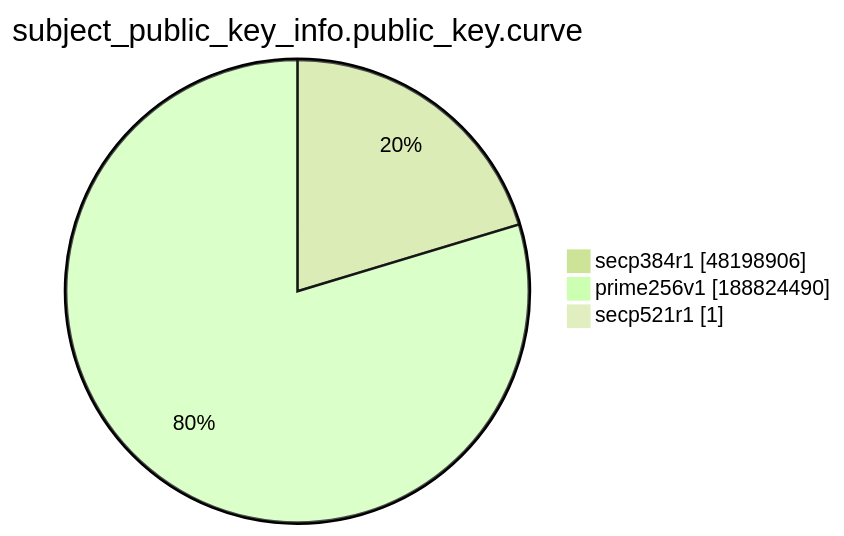
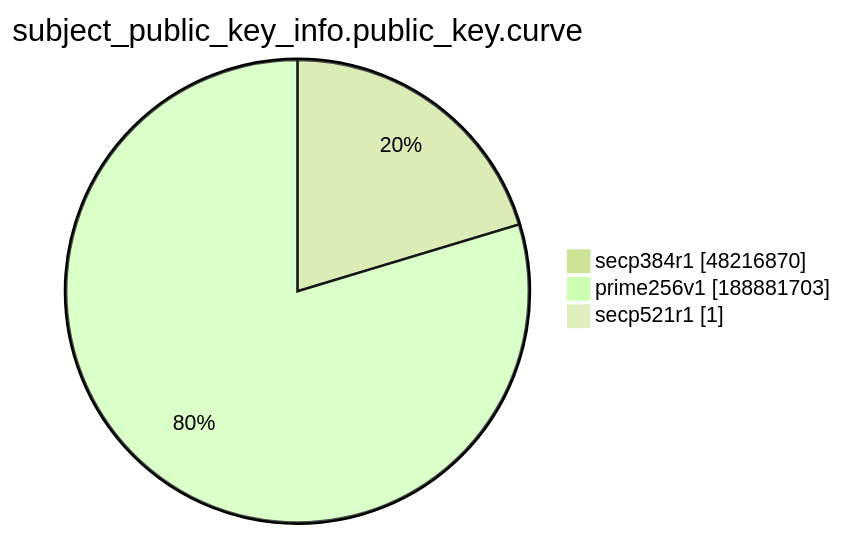
Before and after one commit to christiankrug/ctmonitor_visualization: the ninth of 15 diagrams in xenon2022/README.md, drawn with Mermaid (forest theme). The commit also changed other lines of this file, not shown here.

````diff
--- a/xenon2022/README.md
+++ b/xenon2022/README.md
@@ -2874,7 +2874,7 @@
 ```mermaid
 pie showData
 title subject_public_key_info.public_key.curve
-"secp384r1" :48198906
-"prime256v1" :188824490
+"secp384r1" :48216870
+"prime256v1" :188881703
 "secp521r1" :1
 ```
````
